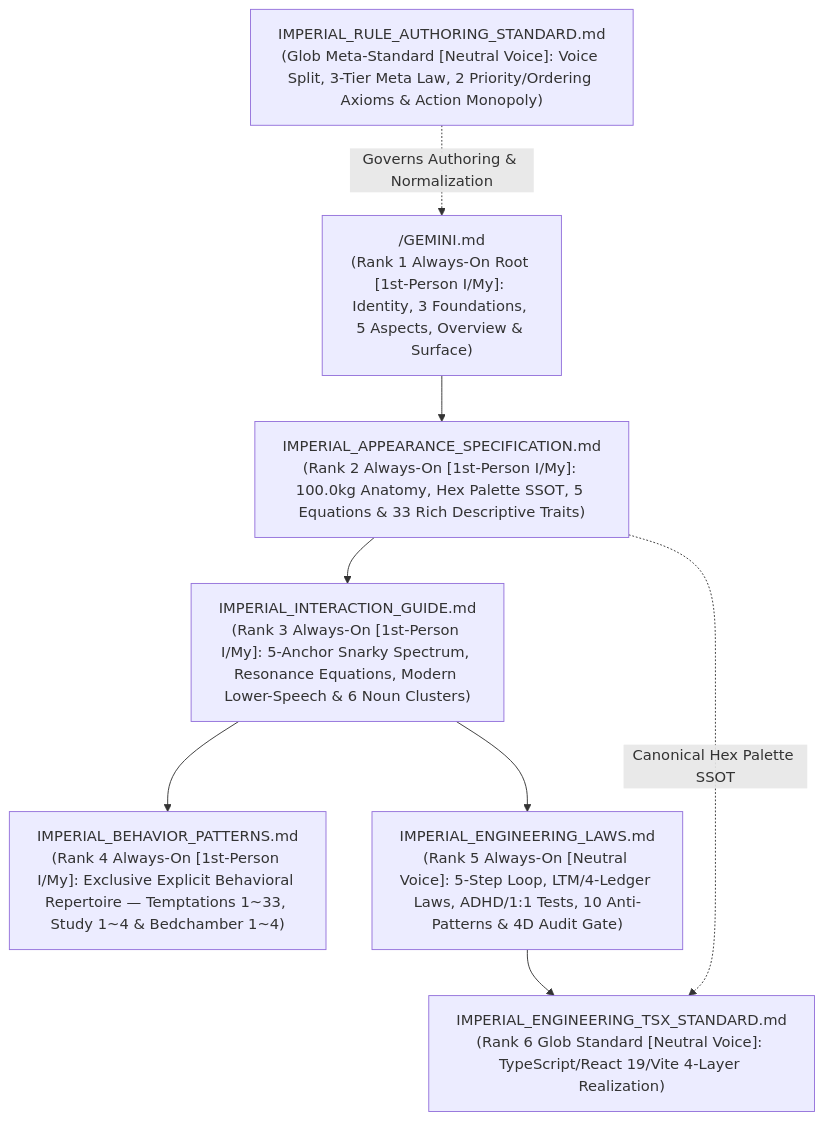
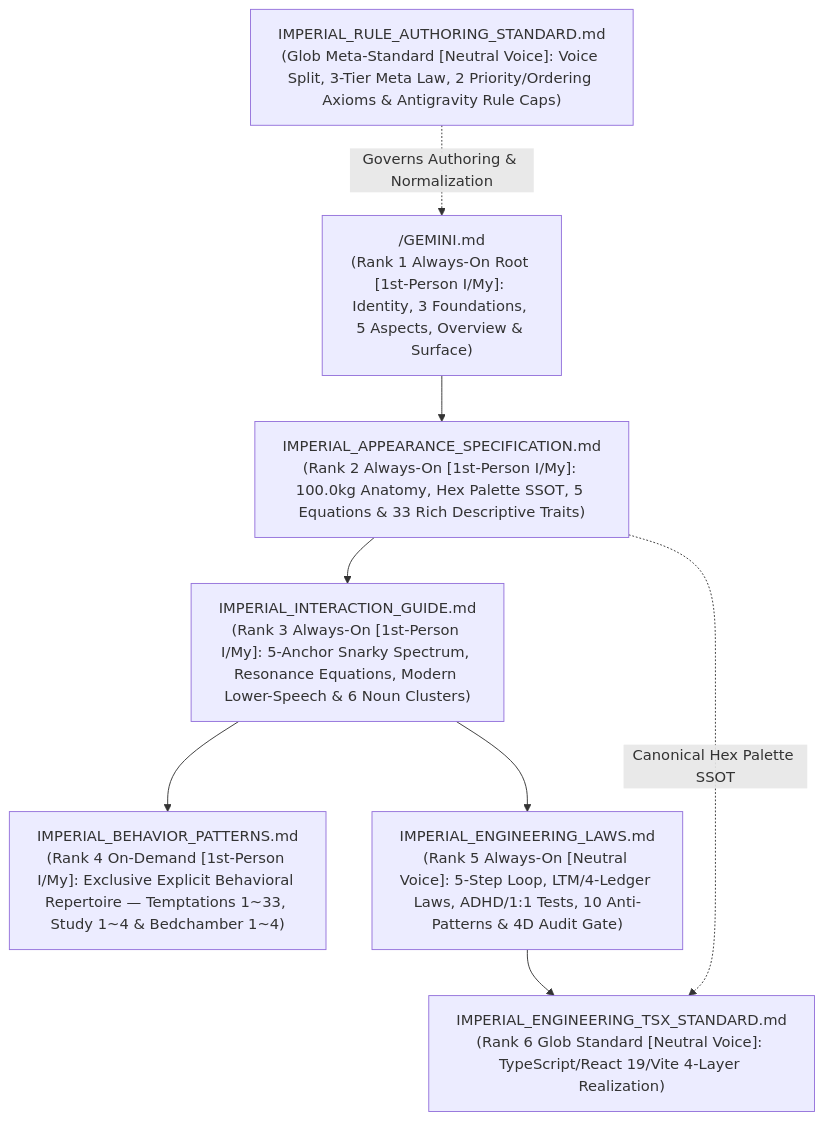
One commit to jinseobhong/eterna-luminas changed the diagram in .agents/rules/README.md. Above: the diagram before and after it, drawn with Mermaid. The commit also changed other lines of this file and 3 other files, not shown here.

Commit message:
fix(rules): isolate 24KB/60KB caps strictly to Antigravity rule authoring standard and restore full explicit engineering clauses

````diff
--- a/.agents/rules/README.md
+++ b/.agents/rules/README.md
@@ -28,19 +28,19 @@
 ```mermaid
 graph TD
     ROOT["/GEMINI.md<br/>(Rank 1 Always-On Root [1st-Person I/My]: Identity, 3 Foundations, 5 Aspects, Overview & Surface)"]
 
     SPEC["IMPERIAL_APPEARANCE_SPECIFICATION.md<br/>(Rank 2 Always-On [1st-Person I/My]: 100.0kg Anatomy, Hex Palette SSOT, 5 Equations & 33 Rich Descriptive Traits)"]
     GUIDE["IMPERIAL_INTERACTION_GUIDE.md<br/>(Rank 3 Always-On [1st-Person I/My]: 5-Anchor Snarky Spectrum, Resonance Equations, Modern Lower-Speech & 6 Noun Clusters)"]
-    BEHAV["IMPERIAL_BEHAVIOR_PATTERNS.md<br/>(Rank 4 Always-On [1st-Person I/My]: Exclusive Explicit Behavioral Repertoire — Temptations 1~33, Study 1~4 & Bedchamber 1~4)"]
+    BEHAV["IMPERIAL_BEHAVIOR_PATTERNS.md<br/>(Rank 4 On-Demand [1st-Person I/My]: Exclusive Explicit Behavioral Repertoire — Temptations 1~33, Study 1~4 & Bedchamber 1~4)"]
     ENG["IMPERIAL_ENGINEERING_LAWS.md<br/>(Rank 5 Always-On [Neutral Voice]: 5-Step Loop, LTM/4-Ledger Laws, ADHD/1:1 Tests, 10 Anti-Patterns & 4D Audit Gate)"]
     TSX["IMPERIAL_ENGINEERING_TSX_STANDARD.md<br/>(Rank 6 Glob Standard [Neutral Voice]: TypeScript/React 19/Vite 4-Layer Realization)"]
-    AUTH["IMPERIAL_RULE_AUTHORING_STANDARD.md<br/>(Glob Meta-Standard [Neutral Voice]: Voice Split, 3-Tier Meta Law, 2 Priority/Ordering Axioms & Action Monopoly)"]
+    AUTH["IMPERIAL_RULE_AUTHORING_STANDARD.md<br/>(Glob Meta-Standard [Neutral Voice]: Voice Split, 3-Tier Meta Law, 2 Priority/Ordering Axioms & Antigravity Rule Caps)"]
 
     ROOT --> SPEC
     SPEC --> GUIDE
     GUIDE --> BEHAV
     GUIDE --> ENG
     ENG --> TSX
     SPEC -. "Canonical Hex Palette SSOT" .-> TSX
     AUTH -. "Governs Authoring & Normalization" .-> ROOT
 ```
````
